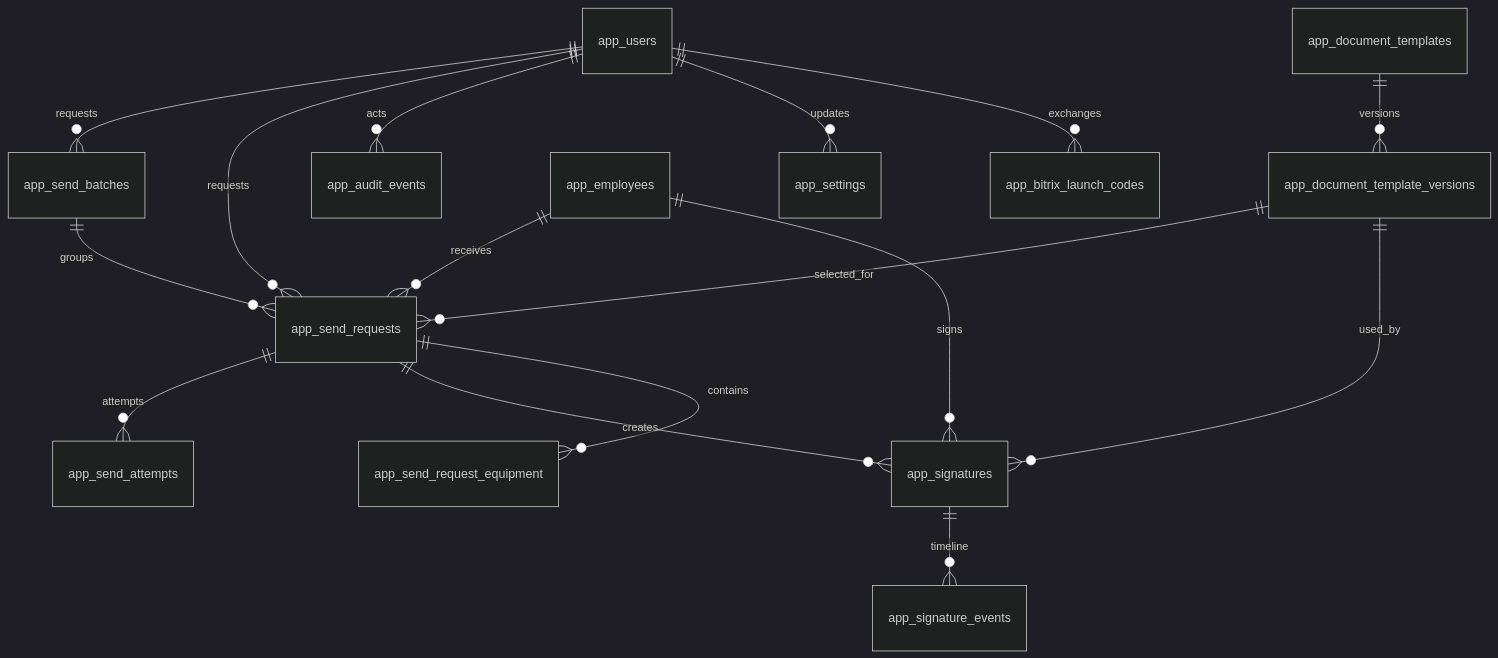
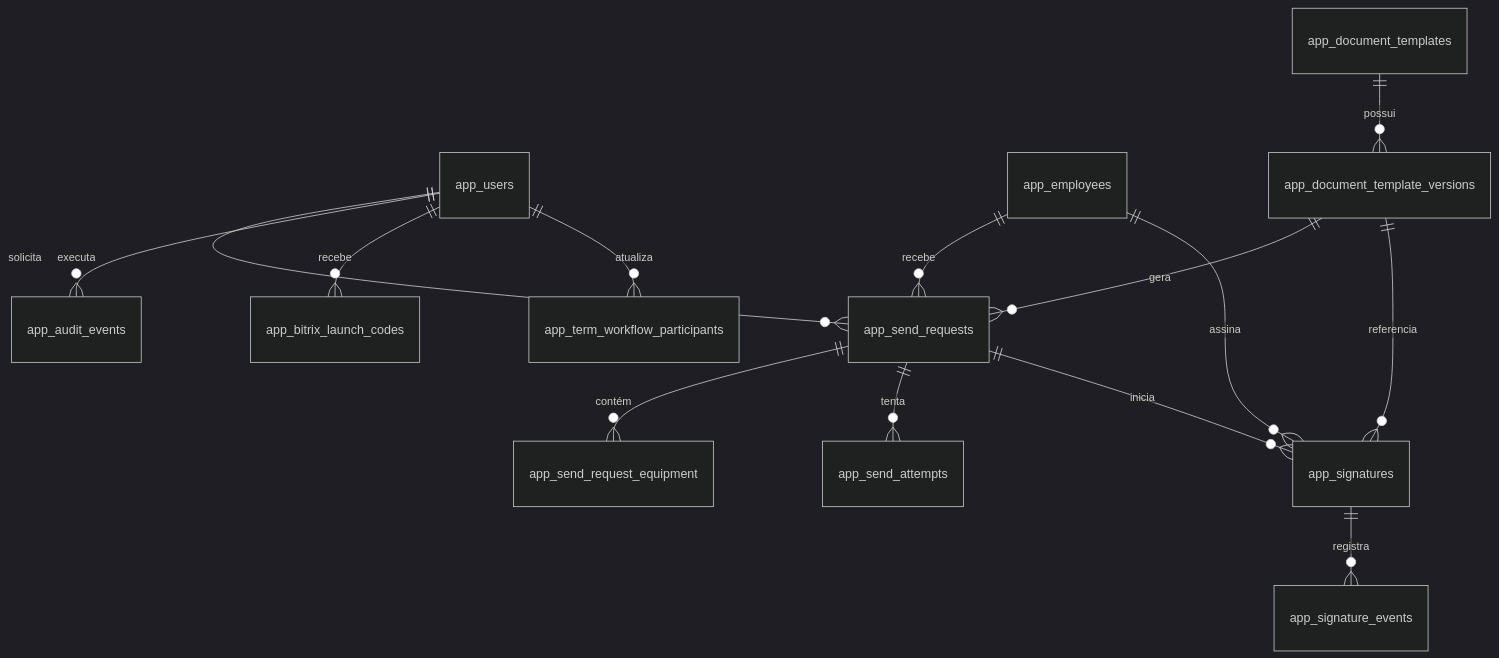
Before and after one commit to LucasNicotari/fortatech-termos-responsabilidade: the diagram in docs/database.md, drawn with Mermaid (dark theme). The commit also changed other lines of this file and 112 other files, not shown here.

````diff
--- a/docs/database.md
+++ b/docs/database.md
@@ -7,18 +7,16 @@
 ```mermaid
 erDiagram
-  app_users ||--o{ app_send_batches : requests
-  app_users ||--o{ app_send_requests : requests
-  app_users ||--o{ app_audit_events : acts
-  app_users ||--o{ app_settings : updates
-  app_employees ||--o{ app_send_requests : receives
-  app_employees ||--o{ app_signatures : signs
-  app_document_templates ||--o{ app_document_template_versions : versions
-  app_document_template_versions ||--o{ app_send_requests : selected_for
-  app_document_template_versions ||--o{ app_signatures : used_by
-  app_send_batches ||--o{ app_send_requests : groups
-  app_send_requests ||--o{ app_send_attempts : attempts
-  app_send_requests ||--o{ app_signatures : creates
-  app_signatures ||--o{ app_signature_events : timeline
-  app_send_requests ||--o{ app_send_request_equipment : contains
-  app_users ||--o{ app_bitrix_launch_codes : exchanges
+  app_users ||--o{ app_send_requests : solicita
+  app_users ||--o{ app_audit_events : executa
+  app_users ||--o{ app_bitrix_launch_codes : recebe
+  app_users ||--o{ app_term_workflow_participants : atualiza
+  app_employees ||--o{ app_send_requests : recebe
+  app_employees ||--o{ app_signatures : assina
+  app_document_templates ||--o{ app_document_template_versions : possui
+  app_document_template_versions ||--o{ app_send_requests : gera
+  app_document_template_versions ||--o{ app_signatures : referencia
+  app_send_requests ||--o{ app_send_request_equipment : contém
+  app_send_requests ||--o{ app_send_attempts : tenta
+  app_send_requests ||--o{ app_signatures : inicia
+  app_signatures ||--o{ app_signature_events : registra
 ```
````
